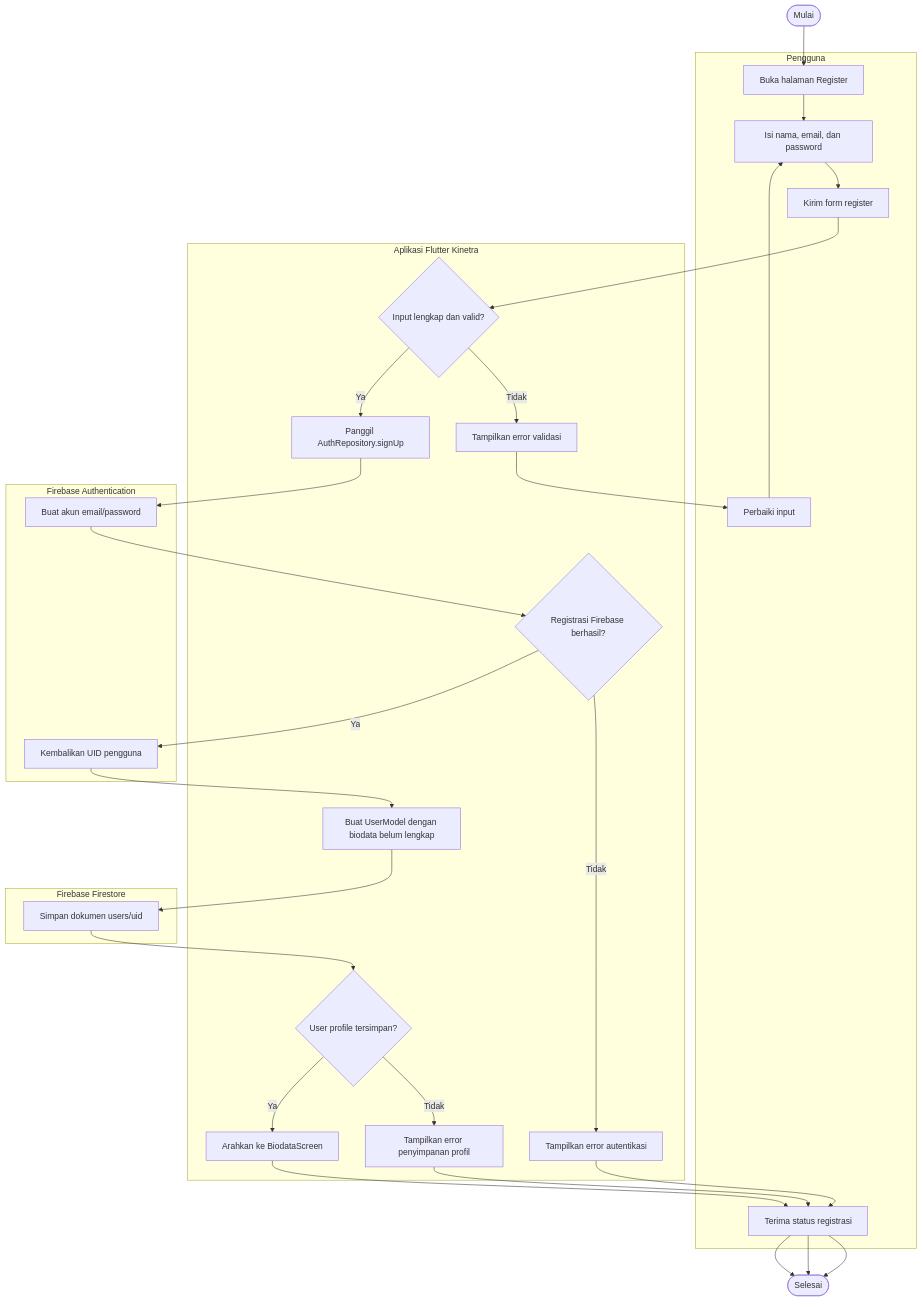
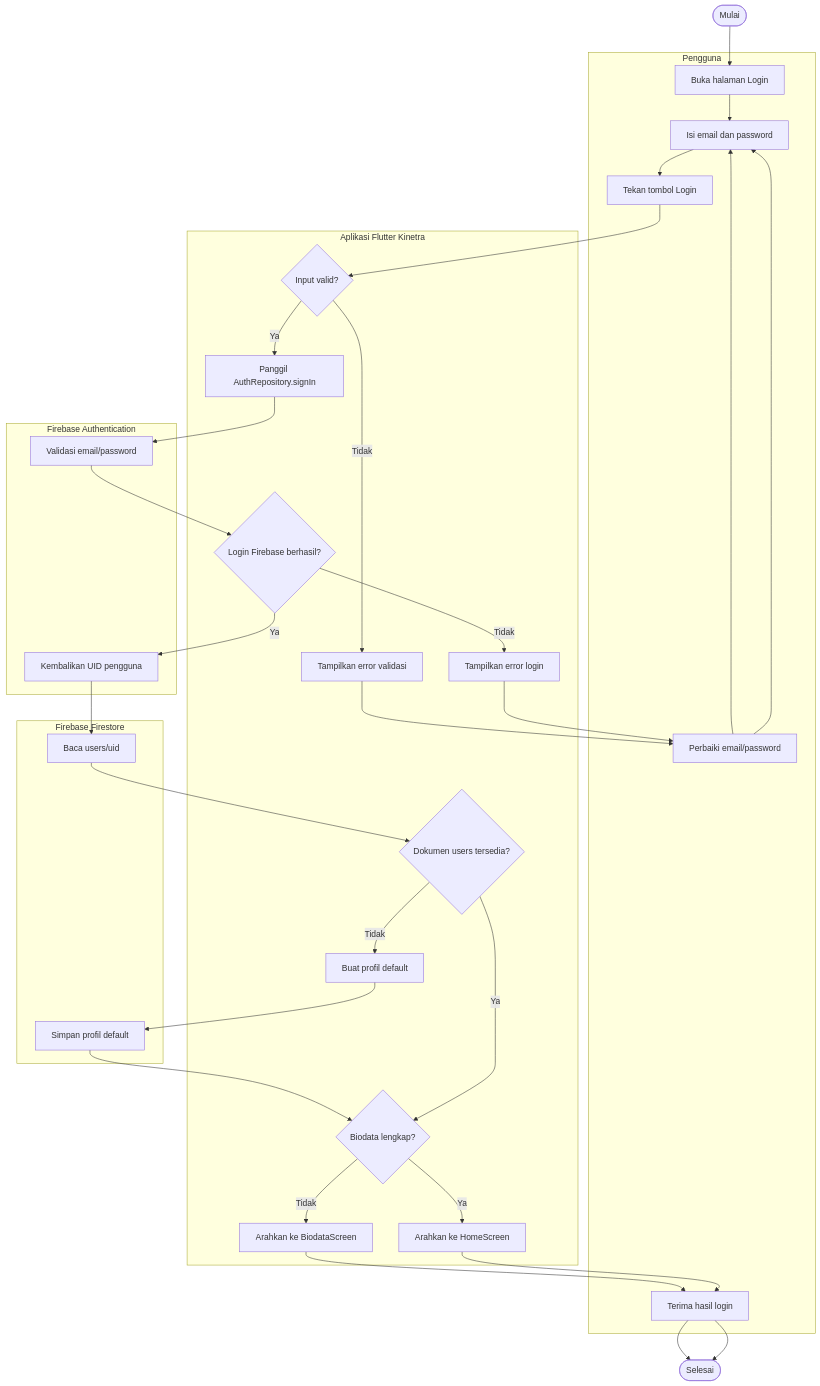
Before and after one commit to arifrachmatdx/Kinetra: the second of 24 diagrams in docs/uml.md, drawn with Mermaid. The commit also changed other lines of this file and 1 other file, not shown here.

Commit message:
docs: align UML diagrams with requested use cases

````diff
--- a/docs/uml.md
+++ b/docs/uml.md
@@ -60,37 +75,41 @@
 ```mermaid
 flowchart TD
     Start([Mulai])
     subgraph User["Pengguna"]
-        OpenRegister[Buka halaman Register]
-        FillRegister[Isi nama, email, dan password]
-        SubmitRegister[Kirim form register]
-        FixInput[Perbaiki input]
-        ReceiveResult[Terima status registrasi]
+        OpenLogin[Buka halaman Login]
+        FillLogin[Isi email dan password]
+        SubmitLogin[Tekan tombol Login]
+        FixCredential[Perbaiki email/password]
+        ReceiveLoginResult[Terima hasil login]
     end
     subgraph App["Aplikasi Flutter Kinetra"]
-        ValidateInput{Input lengkap dan valid?}
-        CallSignUp[Panggil AuthRepository.signUp]
-        AuthSuccess{Registrasi Firebase berhasil?}
-        CreateUserModel[Buat UserModel dengan biodata belum lengkap]
-        FirestoreSuccess{User profile tersimpan?}
-        RedirectBiodata[Arahkan ke BiodataScreen]
+        ValidateInput{Input valid?}
+        CallSignIn[Panggil AuthRepository.signIn]
+        LoginSuccess{Login Firebase berhasil?}
+        UserDocExists{Dokumen users tersedia?}
+        CreateDefaultUser[Buat profil default]
+        BiodataComplete{Biodata lengkap?}
+        GoBiodata[Arahkan ke BiodataScreen]
+        GoHome[Arahkan ke HomeScreen]
         ShowValidationError[Tampilkan error validasi]
-        ShowAuthError[Tampilkan error autentikasi]
-        ShowFirestoreError[Tampilkan error penyimpanan profil]
+        ShowLoginError[Tampilkan error login]
     end
     subgraph Auth["Firebase Authentication"]
-        CreateCredential[Buat akun email/password]
+        VerifyCredential[Validasi email/password]
         ReturnUid[Kembalikan UID pengguna]
     end
     subgraph DB["Firebase Firestore"]
-        SaveUser[Simpan dokumen users/uid]
+        ReadUser[Baca users/uid]
+        SaveDefaultUser[Simpan profil default]
     end
 
-    Start --> OpenRegister --> FillRegister --> SubmitRegister --> ValidateInput
-    ValidateInput -->|Tidak| ShowValidationError --> FixInput --> FillRegister
-    ValidateInput -->|Ya| CallSignUp --> CreateCredential --> AuthSuccess
-    AuthSuccess -->|Tidak| ShowAuthError --> ReceiveResult --> End([Selesai])
-    AuthSuccess -->|Ya| ReturnUid --> CreateUserModel --> SaveUser --> FirestoreSuccess
-    FirestoreSuccess -->|Tidak| ShowFirestoreError --> ReceiveResult --> End
-    FirestoreSuccess -->|Ya| RedirectBiodata --> ReceiveResult --> End
+    Start --> OpenLogin --> FillLogin --> SubmitLogin --> ValidateInput
+    ValidateInput -->|Tidak| ShowValidationError --> FixCredential --> FillLogin
+    ValidateInput -->|Ya| CallSignIn --> VerifyCredential --> LoginSuccess
+    LoginSuccess -->|Tidak| ShowLoginError --> FixCredential --> FillLogin
+    LoginSuccess -->|Ya| ReturnUid --> ReadUser --> UserDocExists
+    UserDocExists -->|Tidak| CreateDefaultUser --> SaveDefaultUser --> BiodataComplete
+    UserDocExists -->|Ya| BiodataComplete
+    BiodataComplete -->|Tidak| GoBiodata --> ReceiveLoginResult --> End([Selesai])
+    BiodataComplete -->|Ya| GoHome --> ReceiveLoginResult --> End
 ```
````
